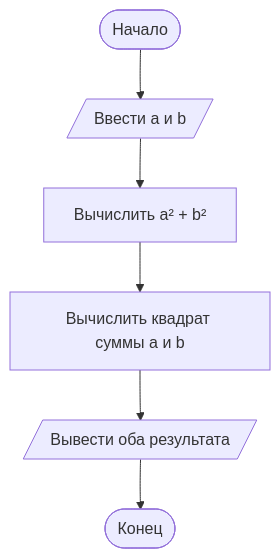
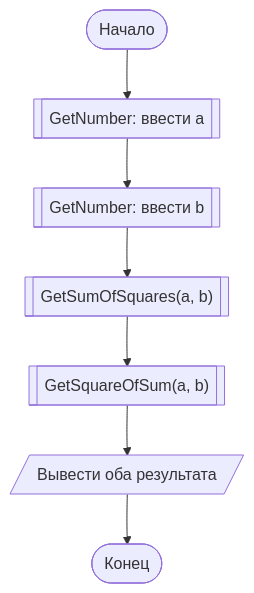
Before and after one commit to lonelyy228/algoritmization-ibd621-2-variant-25-rework: the first of 4 diagrams in Task 1/Task 1-2/Отчёт.md, drawn with Mermaid. The commit also changed other lines of this file and 1 other file, not shown here.

````diff
--- a/Task 1/Task 1-2/Отчёт.md
+++ b/Task 1/Task 1-2/Отчёт.md
@@ -7,8 +11,9 @@
 ```mermaid
 flowchart TD
-    A([Начало]) --> B[/Ввести a и b/]
-    B --> C[Вычислить a² + b²]
-    C --> D[Вычислить квадрат суммы a и b]
-    D --> E[/Вывести оба результата/]
-    E --> F([Конец])
+    A([Начало]) --> B[["GetNumber: ввести a"]]
+    B --> C[["GetNumber: ввести b"]]
+    C --> D[["GetSumOfSquares(a, b)"]]
+    D --> E[["GetSquareOfSum(a, b)"]]
+    E --> F[/"Вывести оба результата"/]
+    F --> G([Конец])
 ```
````
